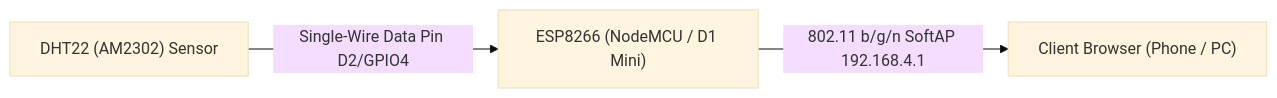
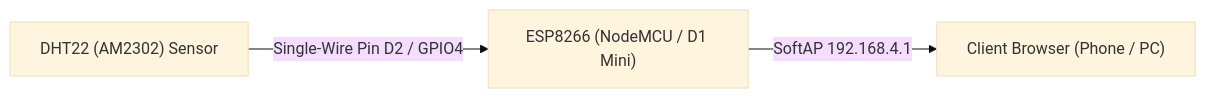
The first of 2 diagrams in README.md (sumitrawat2417/esp-climate-node), drawn with Mermaid (base theme) before and after one commit. The commit also changed other lines of this file, not shown here.

Commit message:
fix(readme): quote mermaid edge labels and subgraph identifiers to resolve github render error

````diff
--- a/README.md
+++ b/README.md
@@ -55,5 +55,5 @@
 ```mermaid
 flowchart LR
-    S["DHT22 (AM2302) Sensor"] -->|Single-Wire Data Pin D2/GPIO4| M["ESP8266 (NodeMCU / D1 Mini)"]
-    M -->|802.11 b/g/n SoftAP 192.168.4.1| N["Client Browser (Phone / PC)"]
+    S["DHT22 (AM2302) Sensor"] -->|"Single-Wire Pin D2 / GPIO4"| M["ESP8266 (NodeMCU / D1 Mini)"]
+    M -->|"SoftAP 192.168.4.1"| N["Client Browser (Phone / PC)"]
 ```
````
